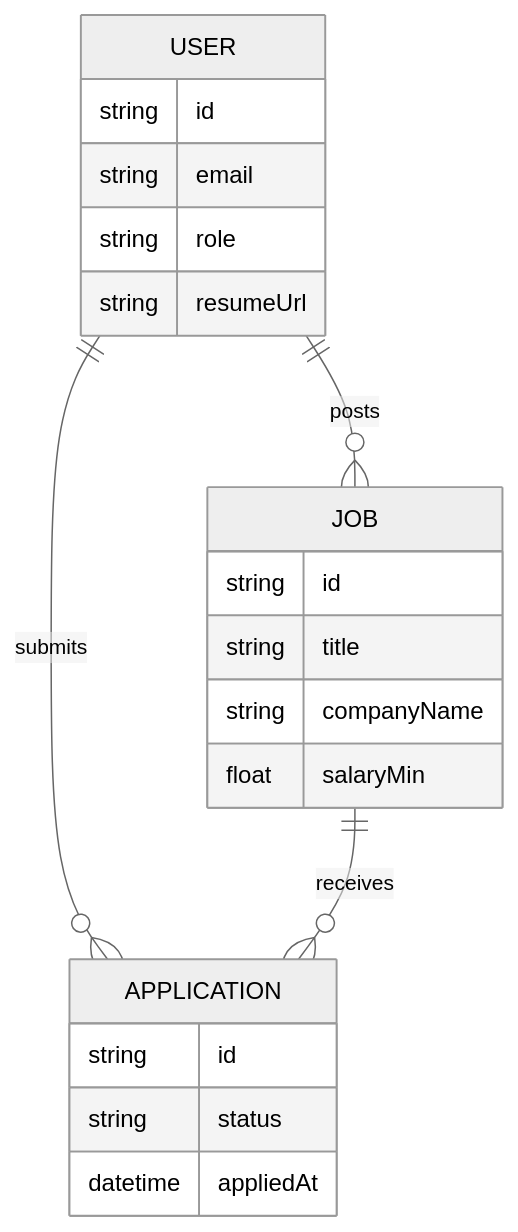
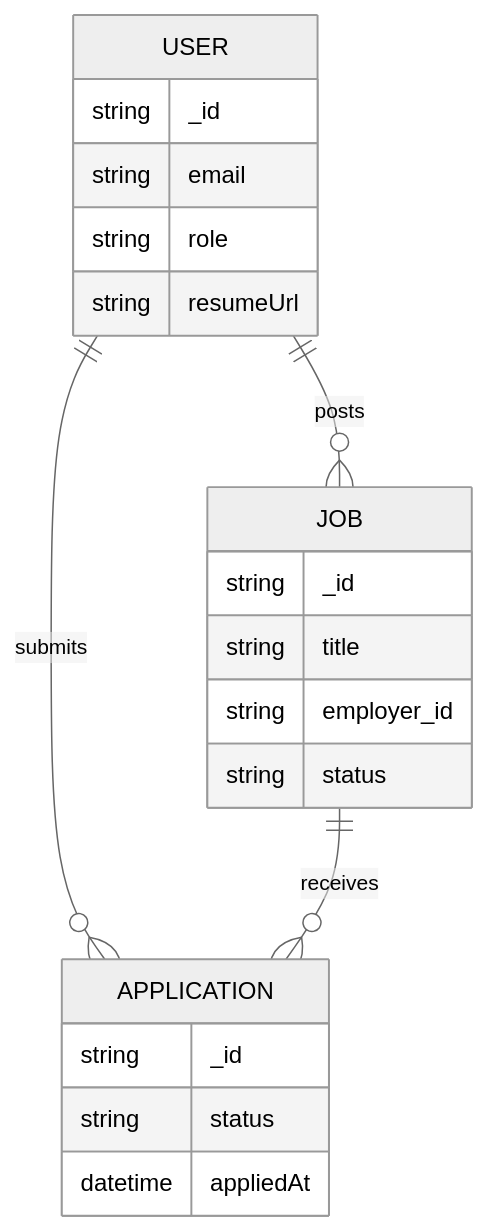
One commit to tendocalvin1/RemoteFlex changed the third of 5 diagrams in RemoteFlex_Documentation.md. Above: the diagram before and after it, drawn with Mermaid (neutral theme). The commit also changed other lines of this file and 1 other file, not shown here.

````diff
--- a/RemoteFlex_Documentation.md
+++ b/RemoteFlex_Documentation.md
@@ -149,23 +142,23 @@
 ```mermaid
 erDiagram
     USER ||--o{ JOB : posts
     USER ||--o{ APPLICATION : submits
     JOB ||--o{ APPLICATION : receives
     USER {
-        string id
+        string _id
         string email
         string role
         string resumeUrl
     }
     JOB {
-        string id
+        string _id
         string title
-        string companyName
-        float salaryMin
+        string employer_id
+        string status
     }
     APPLICATION {
-        string id
+        string _id
         string status
         datetime appliedAt
     }
 ```
````
